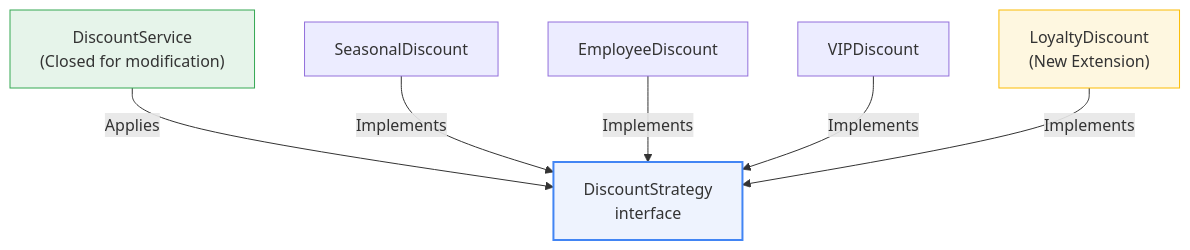
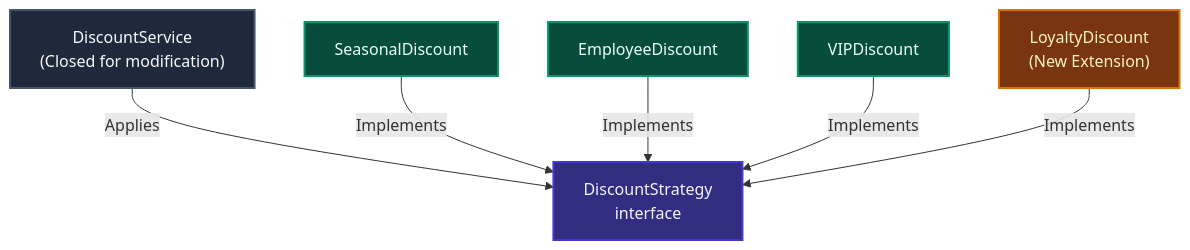
Before and after one commit to SaiTeja301/My_Interview_Preparation: the sixth of 12 diagrams in Java_jdbc_hibernate_SpringBoot/analysis/Java_Analysis.md, drawn with Mermaid. The commit also changed other lines of this file, not shown here.

Commit message:
style(mermaid): enhance all diagrams for light and dark mode compatibility

````diff
--- a/Java_jdbc_hibernate_SpringBoot/analysis/Java_Analysis.md
+++ b/Java_jdbc_hibernate_SpringBoot/analysis/Java_Analysis.md
@@ -442,12 +467,18 @@
 ```mermaid
 graph TD
     DiscountService["DiscountService<br>(Closed for modification)"] -->|Applies| DiscountStrategy["DiscountStrategy<br>interface"]
     SeasonalDiscount["SeasonalDiscount"] -->|Implements| DiscountStrategy
     EmployeeDiscount["EmployeeDiscount"] -->|Implements| DiscountStrategy
     VIPDiscount["VIPDiscount"] -->|Implements| DiscountStrategy
     LoyaltyDiscount["LoyaltyDiscount<br>(New Extension)"] -->|Implements| DiscountStrategy
 
-    style DiscountStrategy fill:#eef3fe,stroke:#4285f4,stroke-width:2px
-    style DiscountService fill:#e6f4ea,stroke:#34a853,stroke-width:1px
-    style LoyaltyDiscount fill:#fef7e0,stroke:#fbbc05,stroke-width:1px
+    classDef closed fill:#1E293B,stroke:#475569,color:#F8FAFC,stroke-width:2px;
+    classDef strategy fill:#312E81,stroke:#4338CA,color:#F5F3FF,stroke-width:2px;
+    classDef ext fill:#064E3B,stroke:#059669,color:#ECFDF5,stroke-width:2px;
+    classDef newExt fill:#78350F,stroke:#D97706,color:#FEF3C7,stroke-width:2px;
+
+    class DiscountService closed;
+    class DiscountStrategy strategy;
+    class SeasonalDiscount,EmployeeDiscount,VIPDiscount ext;
+    class LoyaltyDiscount newExt;
 ```
````
